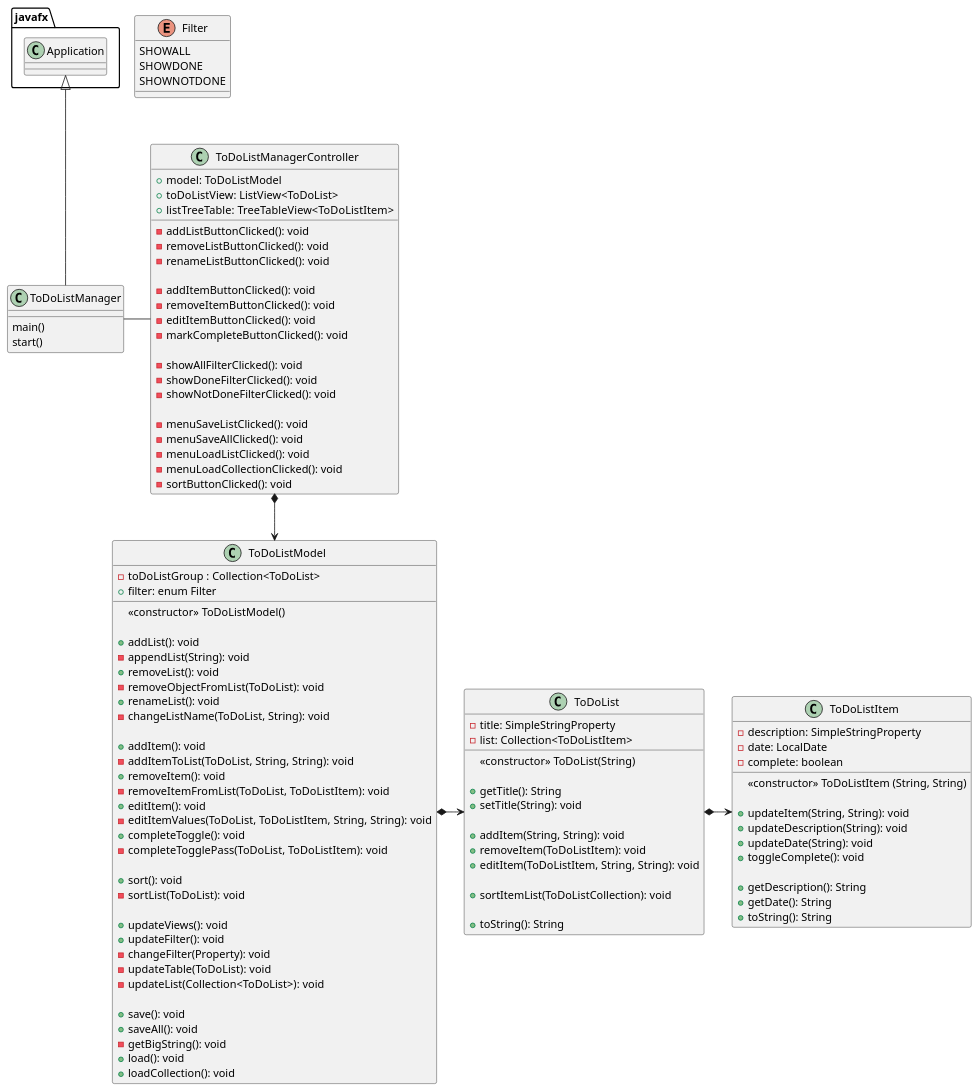
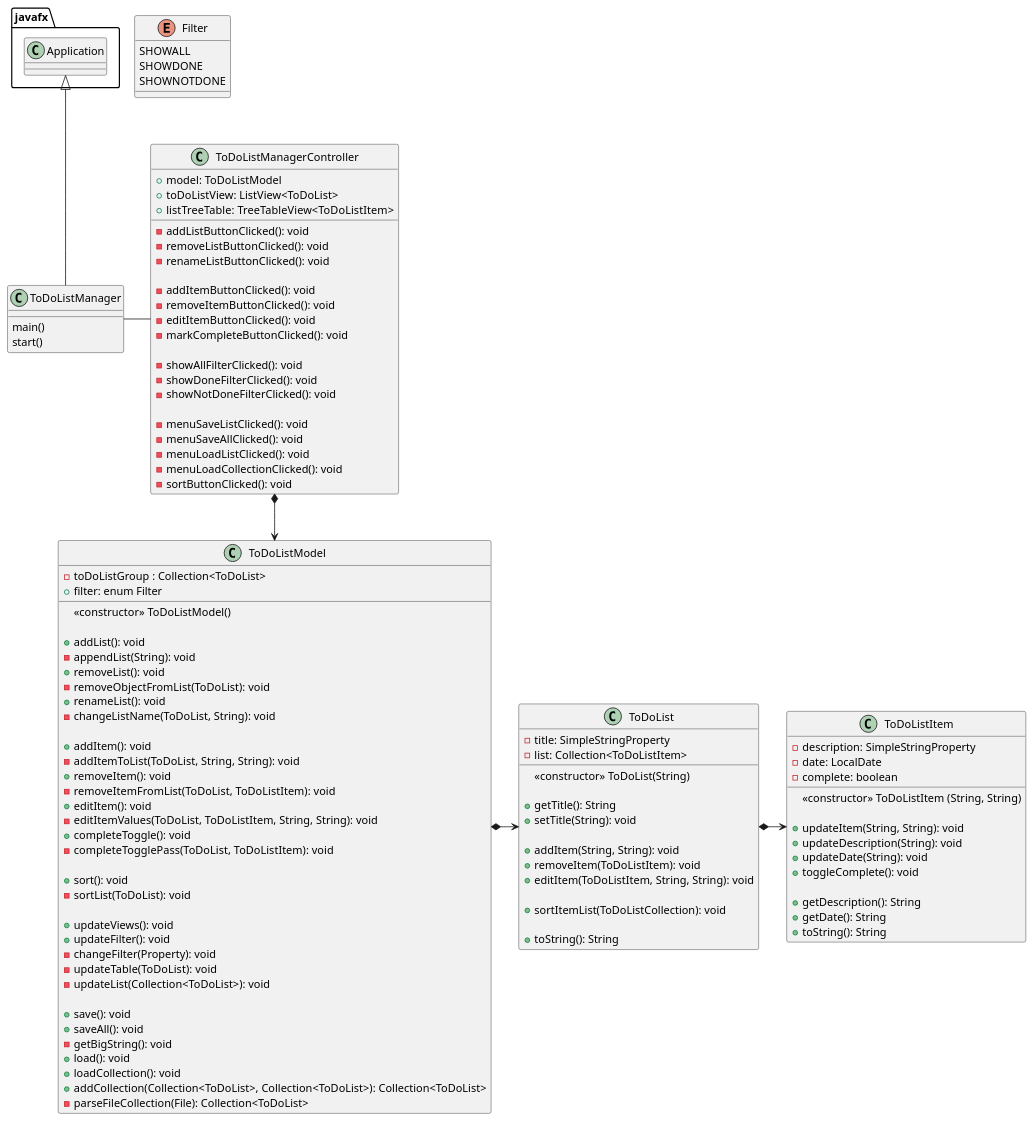
The diagram in uml/ToDoListManager.puml (GSabiniPanini/little-cop3330-assignment4), drawn with PlantUML before and after one commit. The commit also changed 2 other files, not shown here.

```diff
--- a/uml/ToDoListManager.puml
+++ b/uml/ToDoListManager.puml
@@ -1,119 +1,121 @@
 @startuml
 'https://plantuml.com/class-diagram'
 
 class ToDoListManager {
     main()
     start()
 }
 
 enum Filter {
     SHOWALL
     SHOWDONE
     SHOWNOTDONE
 }
 
 class ToDoListManagerController {
     + model: ToDoListModel
     + toDoListView: ListView<ToDoList>
     + listTreeTable: TreeTableView<ToDoListItem>
 
     - addListButtonClicked(): void
     - removeListButtonClicked(): void
     - renameListButtonClicked(): void
 
     - addItemButtonClicked(): void
     - removeItemButtonClicked(): void
     - editItemButtonClicked(): void
     - markCompleteButtonClicked(): void
 
     - showAllFilterClicked(): void
     - showDoneFilterClicked(): void
     - showNotDoneFilterClicked(): void
 
     - menuSaveListClicked(): void
     - menuSaveAllClicked(): void
     - menuLoadListClicked(): void
     - menuLoadCollectionClicked(): void
     - sortButtonClicked(): void
 }
 
 class ToDoListModel {
     - toDoListGroup : Collection<ToDoList>
     + filter: enum Filter
 
     <<constructor>> ToDoListModel()
 
     + addList(): void
     - appendList(String): void
     + removeList(): void
     - removeObjectFromList(ToDoList): void
     + renameList(): void
     - changeListName(ToDoList, String): void
 
     + addItem(): void
     - addItemToList(ToDoList, String, String): void
     + removeItem(): void
     - removeItemFromList(ToDoList, ToDoListItem): void
     + editItem(): void
     - editItemValues(ToDoList, ToDoListItem, String, String): void
     + completeToggle(): void
     - completeTogglePass(ToDoList, ToDoListItem): void
 
     + sort(): void
     - sortList(ToDoList): void
 
     + updateViews(): void
     + updateFilter(): void
     - changeFilter(Property): void
     - updateTable(ToDoList): void
     - updateList(Collection<ToDoList>): void
 
     + save(): void
     + saveAll(): void
     - getBigString(): void
     + load(): void
     + loadCollection(): void
+    + addCollection(Collection<ToDoList>, Collection<ToDoList>): Collection<ToDoList>
+    - parseFileCollection(File): Collection<ToDoList>
 }
 
 class ToDoList {
     - title: SimpleStringProperty
     - list: Collection<ToDoListItem>
 
     <<constructor>> ToDoList(String)
 
     + getTitle(): String
     + setTitle(String): void
 
     + addItem(String, String): void
     + removeItem(ToDoListItem): void
     + editItem(ToDoListItem, String, String): void
 
     + sortItemList(ToDoListCollection): void
 
     + toString(): String
 }
 
 class ToDoListItem {
     - description: SimpleStringProperty
     - date: LocalDate
     - complete: boolean
 
     <<constructor>> ToDoListItem (String, String)
 
     + updateItem(String, String): void
     + updateDescription(String): void
     + updateDate(String): void
     + toggleComplete(): void
 
     + getDescription(): String
     + getDate(): String
     + toString(): String
 }
 
 javafx.Application <|-- ToDoListManager
 ToDoListManager - ToDoListManagerController
 ToDoListManagerController *--> ToDoListModel
 ToDoListModel *-> ToDoList
 ToDoList *-> ToDoListItem
 
 @enduml
```
